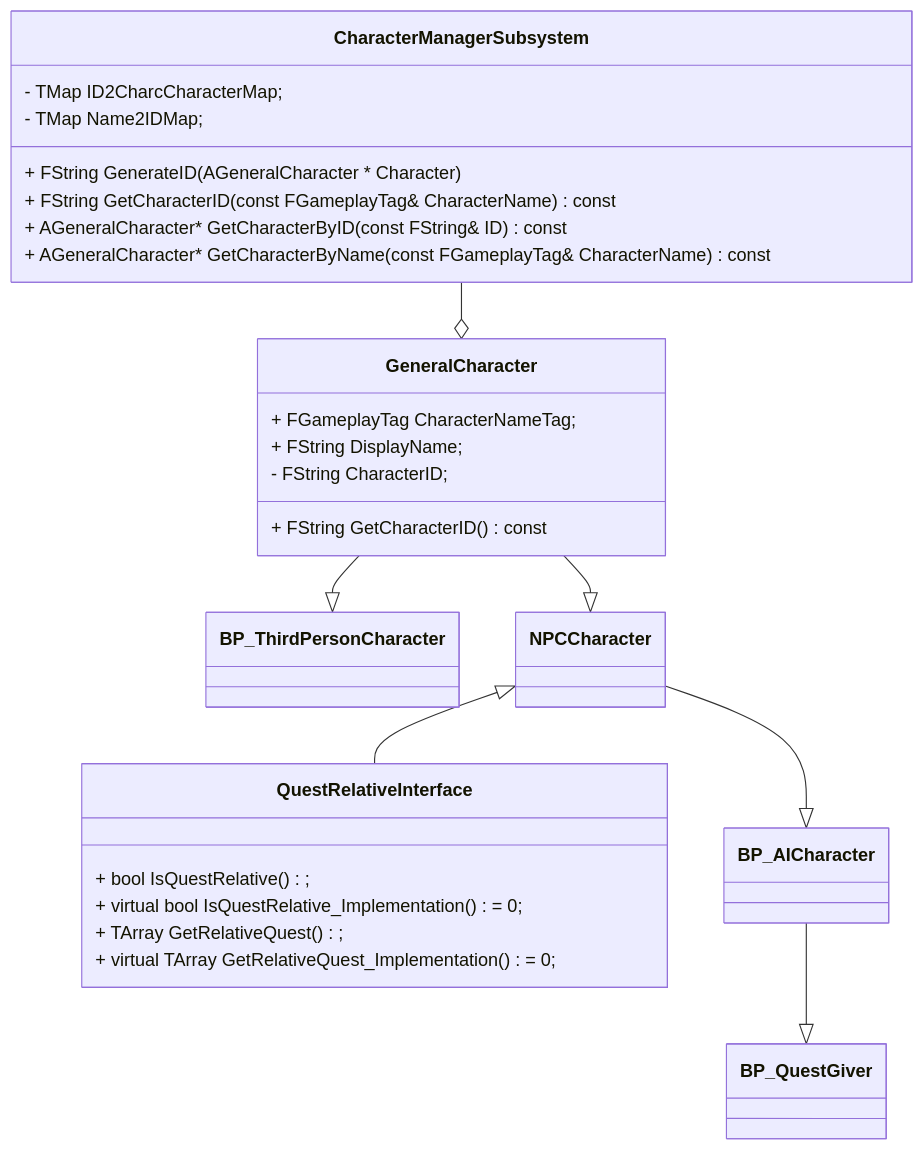
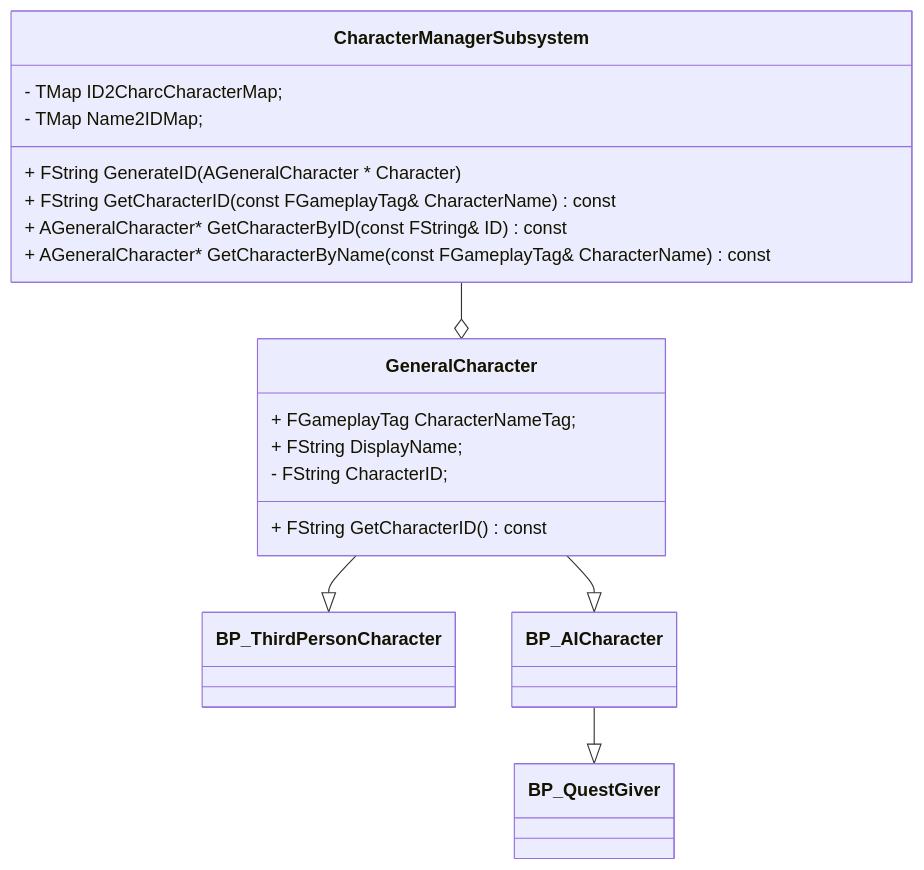
The first of 3 diagrams in Document/角色系统.md (getyo/ARPG_Learn), drawn with Mermaid before and after one commit. The commit also changed other lines of this file and 60 other files, not shown here.

````diff
--- a/Document/角色系统.md
+++ b/Document/角色系统.md
@@ -7,32 +7,24 @@
 ```mermaid
 classDiagram 
 	CharacterManagerSubsystem --o GeneralCharacter 
 	GeneralCharacter --|> BP_ThirdPersonCharacter
-	GeneralCharacter --|> NPCCharacter
-	NPCCharacter <|-- QuestRelativeInterface
-	NPCCharacter --|> BP_AICharacter
+	GeneralCharacter --|> BP_AICharacter
 	BP_AICharacter --|> BP_QuestGiver
 	
 	
 	class GeneralCharacter{
 		+ FGameplayTag CharacterNameTag;
 		+ FString DisplayName;
 		- FString CharacterID;
 		+ FString GetCharacterID() const
 
 	}
 	class CharacterManagerSubsystem{
 		- TMap<FString,AGeneralCharacter*> ID2CharcCharacterMap;
 		- TMap<FGameplayTag,FString> Name2IDMap;
 		+ FString GenerateID(AGeneralCharacter * Character)
 		+ FString GetCharacterID(const FGameplayTag& CharacterName) const
 		+ AGeneralCharacter* GetCharacterByID(const FString& ID) const
 		+ AGeneralCharacter* GetCharacterByName(const FGameplayTag& CharacterName) const
 	}
-	class QuestRelativeInterface {
-		+ bool IsQuestRelative();
-		+ virtual bool IsQuestRelative_Implementation() = 0;
-		+ TArray<FGameplayTag> GetRelativeQuest();
-		+ virtual TArray<FGameplayTag> GetRelativeQuest_Implementation() = 0;
-	}
 ```
````
